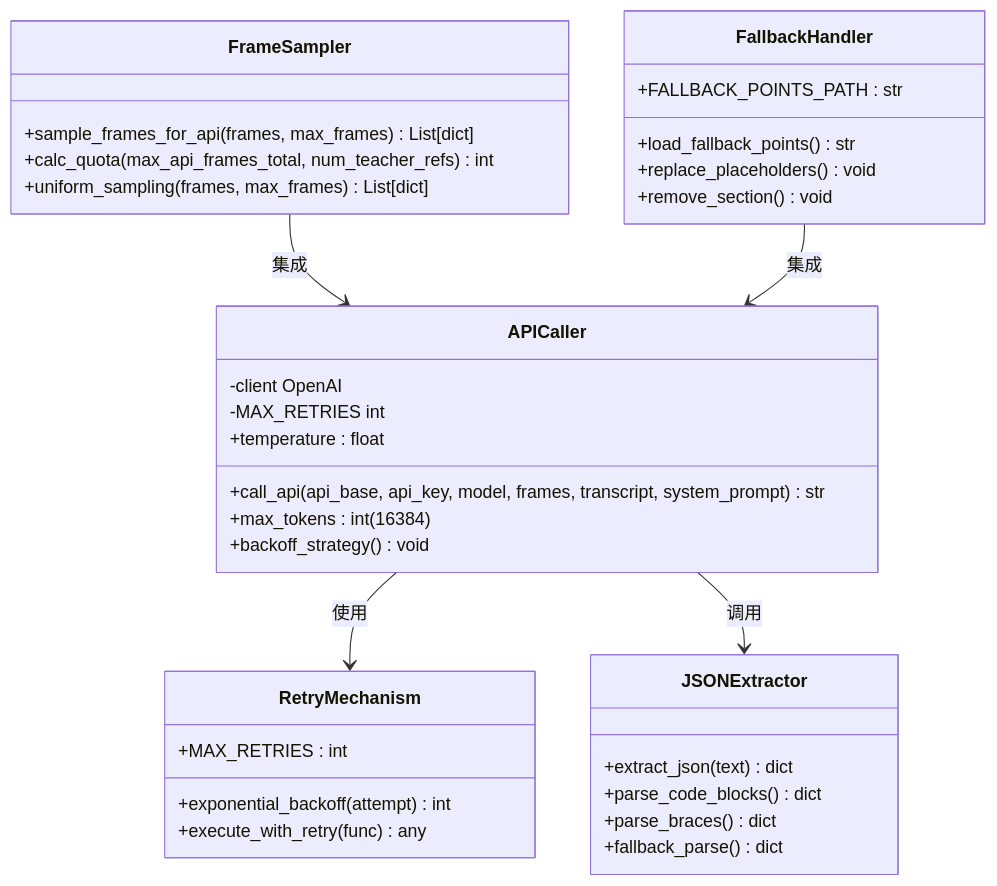
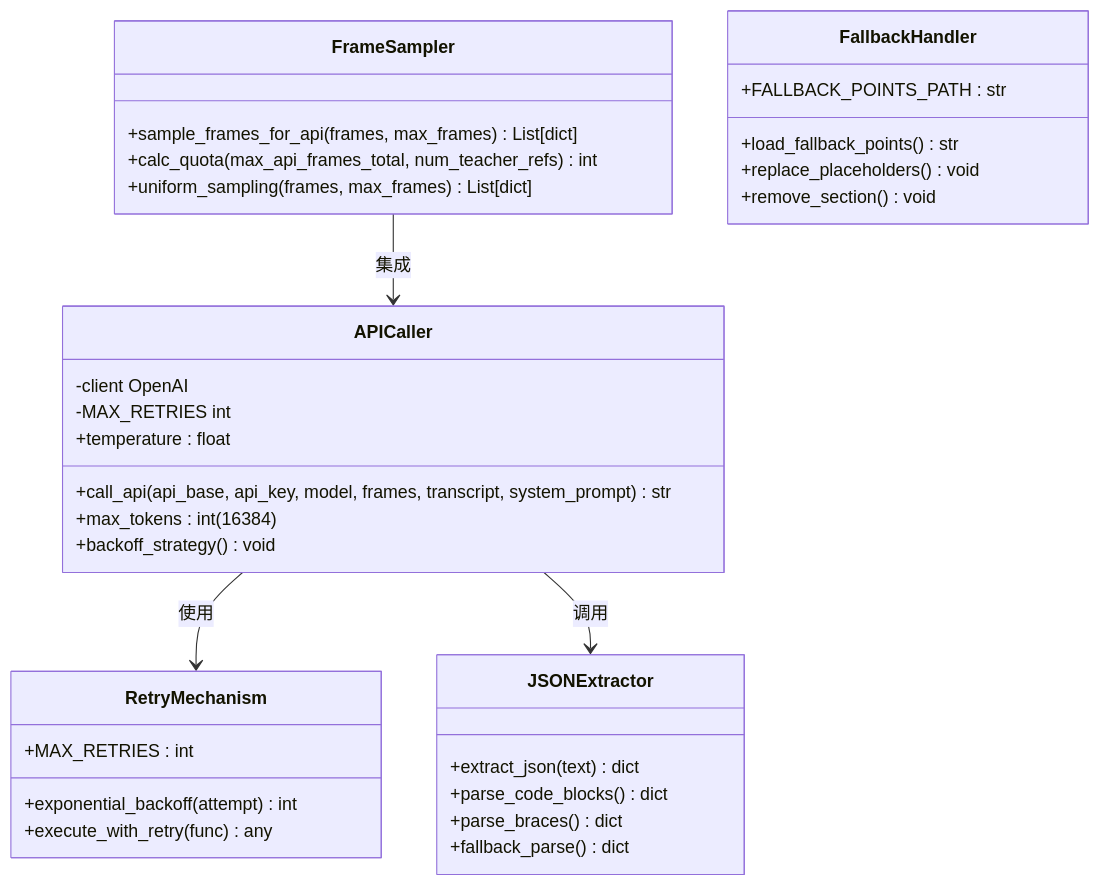
One commit to WongMingJiu/landingpage-test-hero-page changed the fourth of 8 diagrams in .qoder/repowiki/zh/content/核心模块详解/多模态分析模块.md. Above: the diagram before and after it, drawn with Mermaid. The commit also changed other lines of this file and 53 other files, not shown here.

````diff
--- a/.qoder/repowiki/zh/content/核心模块详解/多模态分析模块.md
+++ b/.qoder/repowiki/zh/content/核心模块详解/多模态分析模块.md
@@ -268,37 +256,36 @@
 ```mermaid
 classDiagram
 class APICaller {
 +call_api(api_base, api_key, model, frames, transcript, system_prompt) str
 -client OpenAI
 -MAX_RETRIES int
 +temperature : float
 +max_tokens : int (16384)
 +backoff_strategy() void
 }
 class FrameSampler {
 +sample_frames_for_api(frames, max_frames) List[dict]
 +calc_quota(max_api_frames_total, num_teacher_refs) int
 +uniform_sampling(frames, max_frames) List[dict]
 }
 class RetryMechanism {
 +MAX_RETRIES : int
 +exponential_backoff(attempt) int
 +execute_with_retry(func) any
 }
 class JSONExtractor {
 +extract_json(text) dict
 +parse_code_blocks() dict
 +parse_braces() dict
 +fallback_parse() dict
 }
 class FallbackHandler {
 +FALLBACK_POINTS_PATH : str
 +load_fallback_points() str
 +replace_placeholders() void
 +remove_section() void
 }
 APICaller --> RetryMechanism : 使用
 APICaller --> JSONExtractor : 调用
 FrameSampler --> APICaller : 集成
-FallbackHandler --> APICaller : 集成
 ```
````
